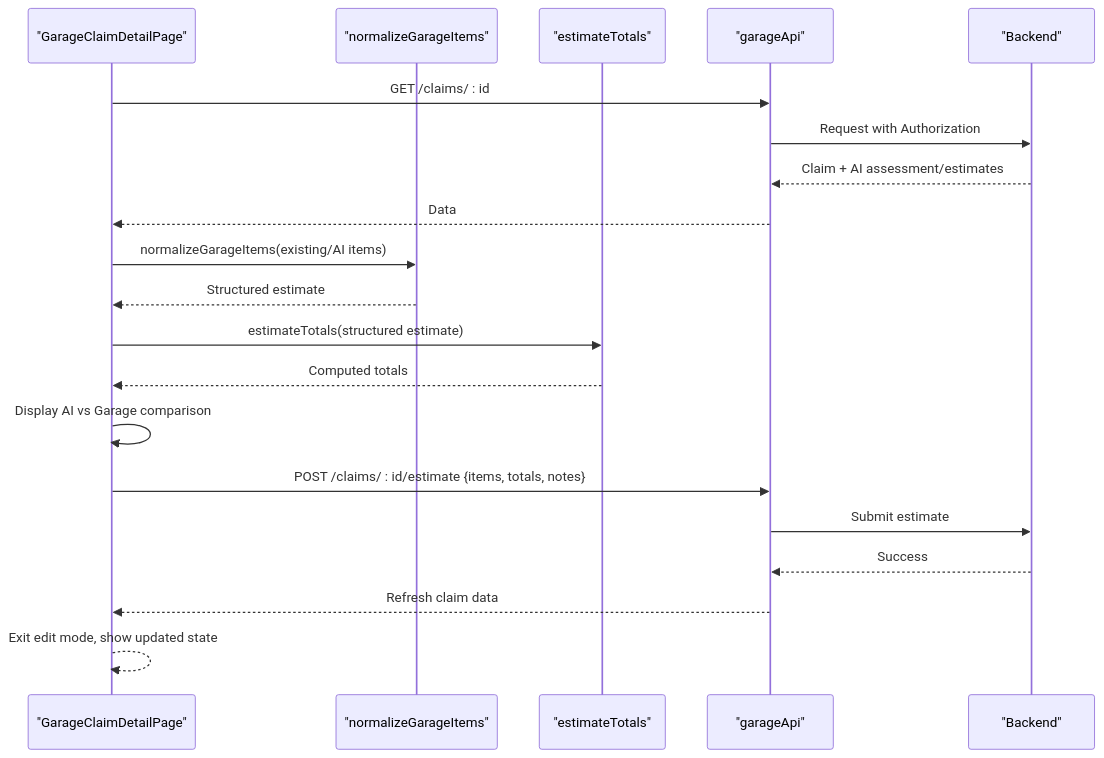
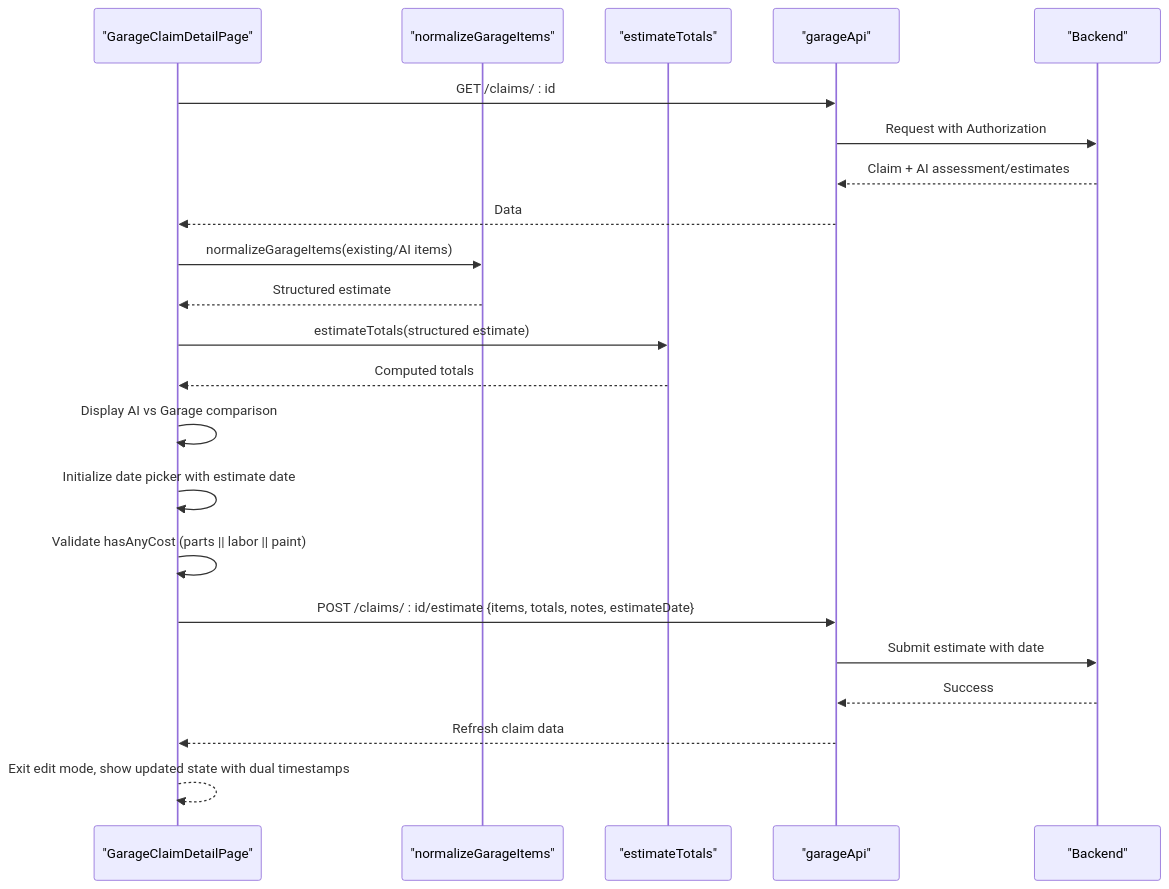
One commit to NaveenHiranya/Smart-Vehicle-Insurance-Claim-System changed the sixth of 10 diagrams in .qoder/repowiki/en/content/Frontend Documentation/Garage Frontend Interface.md. Above: the diagram before and after it, drawn with Mermaid. The commit also changed other lines of this file and 38 other files, not shown here.

````diff
--- a/.qoder/repowiki/en/content/Frontend Documentation/Garage Frontend Interface.md
+++ b/.qoder/repowiki/en/content/Frontend Documentation/Garage Frontend Interface.md
@@ -238,22 +243,24 @@
 ```mermaid
 sequenceDiagram
 participant D as "GarageClaimDetailPage"
 participant N as "normalizeGarageItems"
 participant T as "estimateTotals"
 participant A as "garageApi"
 participant S as "Backend"
 D->>A : GET /claims/ : id
 A->>S : Request with Authorization
 S-->>A : Claim + AI assessment/estimates
 A-->>D : Data
 D->>N : normalizeGarageItems(existing/AI items)
 N-->>D : Structured estimate
 D->>T : estimateTotals(structured estimate)
 T-->>D : Computed totals
 D->>D : Display AI vs Garage comparison
-D->>A : POST /claims/ : id/estimate {items, totals, notes}
-A->>S : Submit estimate
+D->>D : Initialize date picker with estimate date
+D->>D : Validate hasAnyCost (parts || labor || paint)
+D->>A : POST /claims/ : id/estimate {items, totals, notes, estimateDate}
+A->>S : Submit estimate with date
 S-->>A : Success
 A-->>D : Refresh claim data
-D-->>D : Exit edit mode, show updated state
+D-->>D : Exit edit mode, show updated state with dual timestamps
 ```
````
